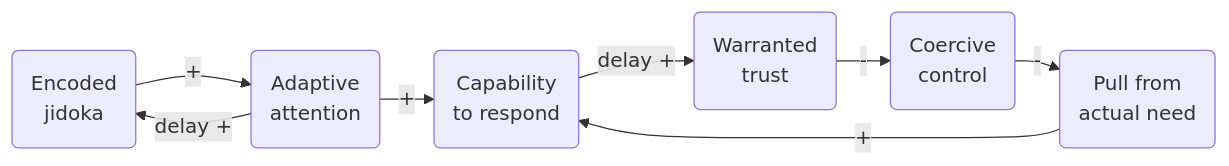
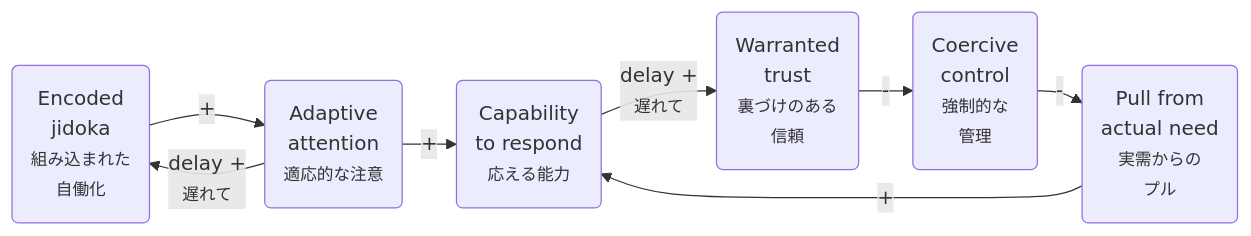
The second of 3 diagrams in slides/tps-and-ai/slides.md (terryyin/terry-talks), drawn with Mermaid before and after one commit. The commit also changed other lines of this file and 3 other files, not shown here.

````diff
--- a/slides/tps-and-ai/slides.md
+++ b/slides/tps-and-ai/slides.md
@@ -895,18 +974,18 @@
 ```mermaid {scale: 0.75}
 %%{init: {'flowchart': {'rankSpacing': 30, 'nodeSpacing': 25}}}%%
 flowchart LR
-  EJ(Encoded<br>jidoka)
-  AA(Adaptive<br>attention)
-  CAP(Capability<br>to respond)
-  WT(Warranted<br>trust)
-  CC(Coercive<br>control)
-  PULL(Pull from<br>actual need)
+  EJ(Encoded<br>jidoka<br><small>組み込まれた<br>自働化</small>)
+  AA(Adaptive<br>attention<br><small>適応的な注意</small>)
+  CAP(Capability<br>to respond<br><small>応える能力</small>)
+  WT(Warranted<br>trust<br><small>裏づけのある<br>信頼</small>)
+  CC(Coercive<br>control<br><small>強制的な<br>管理</small>)
+  PULL(Pull from<br>actual need<br><small>実需からの<br>プル</small>)
 
   EJ -->|"+"| AA
-  AA -->|"delay +"| EJ
+  AA -->|"delay +<br><small>遅れて</small>"| EJ
   AA -->|"+"| CAP
-  CAP -->|"delay +"| WT
+  CAP -->|"delay +<br><small>遅れて</small>"| WT
   WT -->|"-"| CC
   CC -->|"-"| PULL
   PULL -->|"+"| CAP
 ```
````
